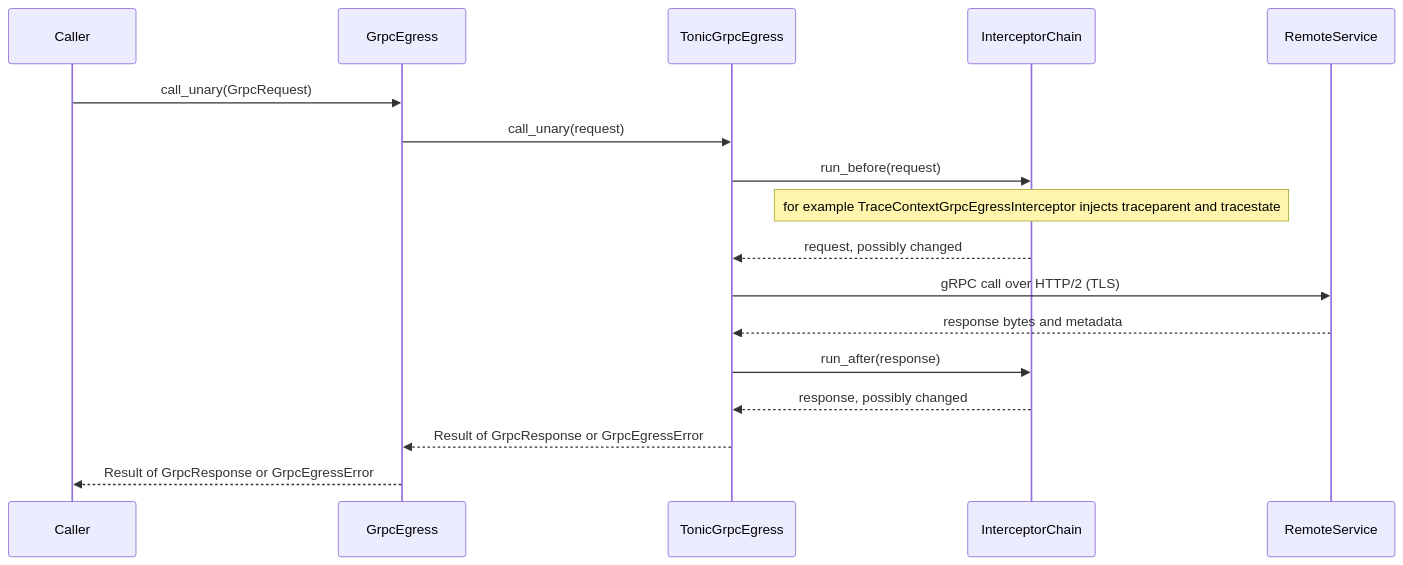
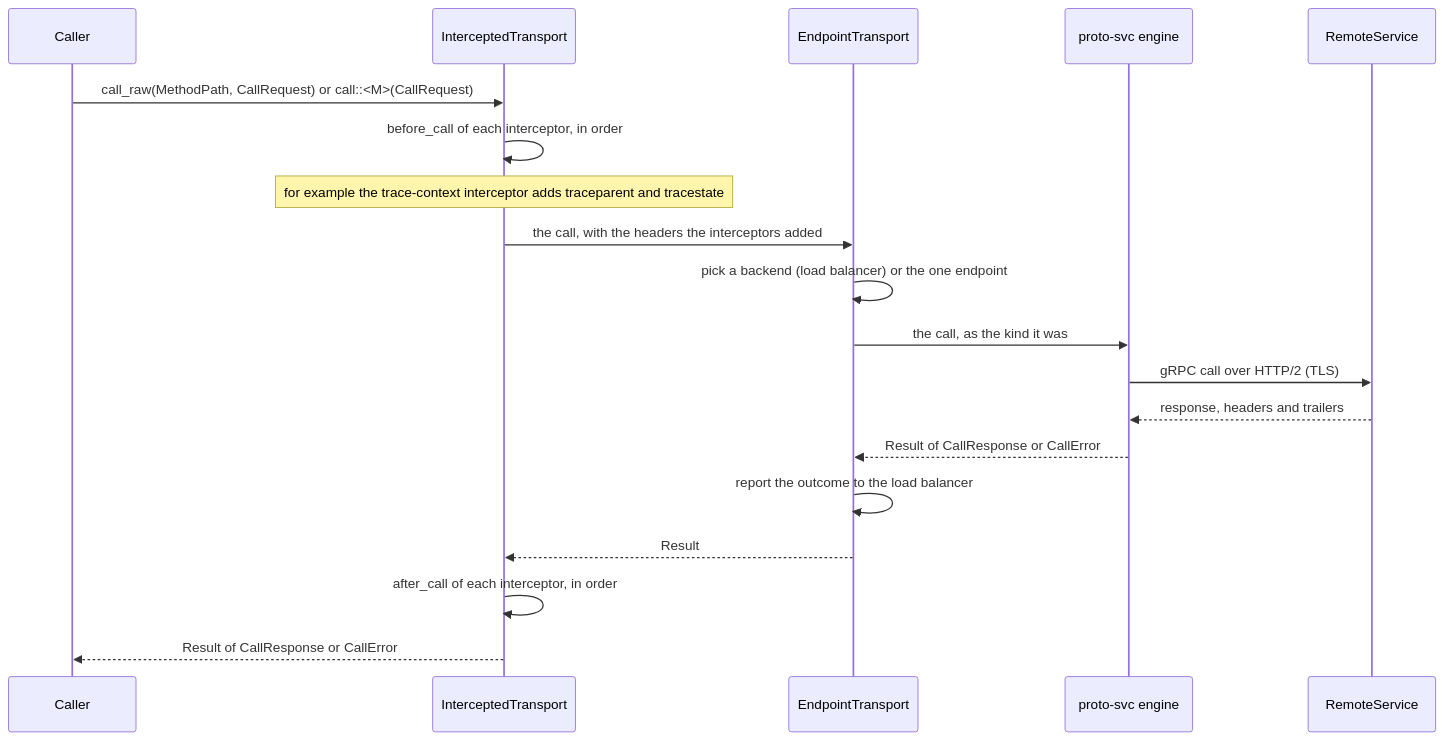
One commit to sweengineeringlabs/edge-transport-grpc-egress changed the first of 2 diagrams in scm/docs/architecture.md. Above: the diagram before and after it, drawn with Mermaid. The commit also changed other lines of this file and 91 other files, not shown here.

First line of the commit message:
refactor(egress): program the views and interceptors to interfaces; prove every wrapper by mutation (#18)

````diff
--- a/scm/docs/architecture.md
+++ b/scm/docs/architecture.md
@@ -7,22 +9,22 @@
 ```mermaid
 sequenceDiagram
     participant Caller
-    participant GrpcEgress
-    participant TonicGrpcEgress
-    participant InterceptorChain
+    participant Client as InterceptedTransport
+    participant Endpoint as EndpointTransport
+    participant Engine as proto-svc engine
     participant RemoteService
 
-    Caller->>GrpcEgress: call_unary(GrpcRequest)
-    GrpcEgress->>TonicGrpcEgress: call_unary(request)
-    TonicGrpcEgress->>InterceptorChain: run_before(request)
-    Note over InterceptorChain: for example TraceContextGrpcEgressInterceptor injects traceparent and tracestate
-    InterceptorChain-->>TonicGrpcEgress: request, possibly changed
-
-    TonicGrpcEgress->>RemoteService: gRPC call over HTTP/2 (TLS)
-    RemoteService-->>TonicGrpcEgress: response bytes and metadata
-
-    TonicGrpcEgress->>InterceptorChain: run_after(response)
-    InterceptorChain-->>TonicGrpcEgress: response, possibly changed
-    TonicGrpcEgress-->>GrpcEgress: Result of GrpcResponse or GrpcEgressError
-    GrpcEgress-->>Caller: Result of GrpcResponse or GrpcEgressError
+    Caller->>Client: call_raw(MethodPath, CallRequest) or call::<M>(CallRequest)
+    Client->>Client: before_call of each interceptor, in order
+    Note over Client: for example the trace-context interceptor adds traceparent and tracestate
+    Client->>Endpoint: the call, with the headers the interceptors added
+    Endpoint->>Endpoint: pick a backend (load balancer) or the one endpoint
+    Endpoint->>Engine: the call, as the kind it was
+    Engine->>RemoteService: gRPC call over HTTP/2 (TLS)
+    RemoteService-->>Engine: response, headers and trailers
+    Engine-->>Endpoint: Result of CallResponse or CallError
+    Endpoint->>Endpoint: report the outcome to the load balancer
+    Endpoint-->>Client: Result
+    Client->>Client: after_call of each interceptor, in order
+    Client-->>Caller: Result of CallResponse or CallError
 ```
````
